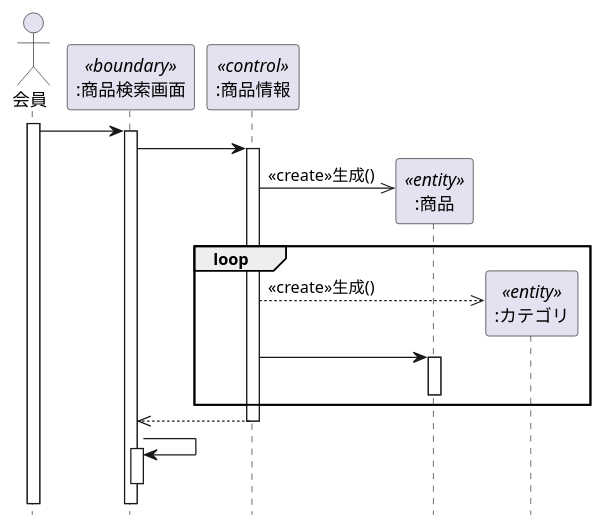
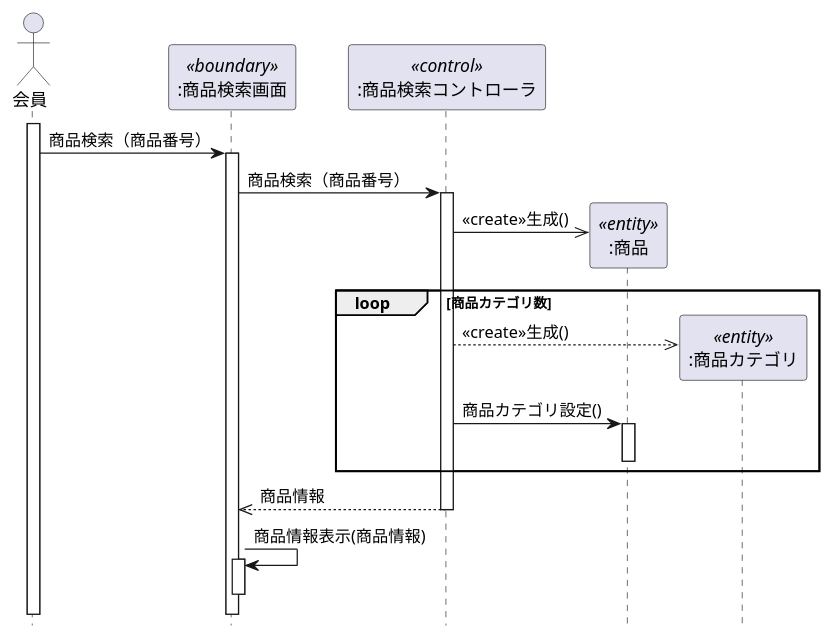
One commit to itouayumu/uml-introduction- changed the diagram in 演習4-5_SD_商品情報検索.pu. Above: the diagram before and after it, drawn with PlantUML. The commit also changed 1 other file, not shown here.

```diff
--- a/演習4-5_SD_商品情報検索.pu
+++ b/演習4-5_SD_商品情報検索.pu
@@ -1,30 +1,30 @@
 @startuml
 hide footbox
 actor 会員 as u1
 participant ":商品検索画面" as a1 <<boundary>>
-participant ":商品情報" as a2 <<control>>
+participant ":商品検索コントローラ" as a2 <<control>>
 participant ":商品" as a3 <<entity>>
-participant ":カテゴリ" as a4 <<entity>>
+participant ":商品カテゴリ" as a4 <<entity>>
 activate u1
-u1->a1
+u1->a1:商品検索（商品番号）
 activate a1
-a1->a2
+a1->a2:商品検索（商品番号）
 activate a2
 create a3
 a2->>a3:<<create>>生成()
 
 
-loop 
+loop 商品カテゴリ数
 create a4
 a2-->>a4:<<create>>生成()
-a2->a3
+a2->a3:商品カテゴリ設定()
 activate a3
 deactivate a3
 
 end loop
-a2-->>a1
+a2-->>a1:商品情報
 deactivate a2
-a1->a1
+a1->a1:商品情報表示(商品情報)
 activate a1
 deactivate a1
 @enduml
```
